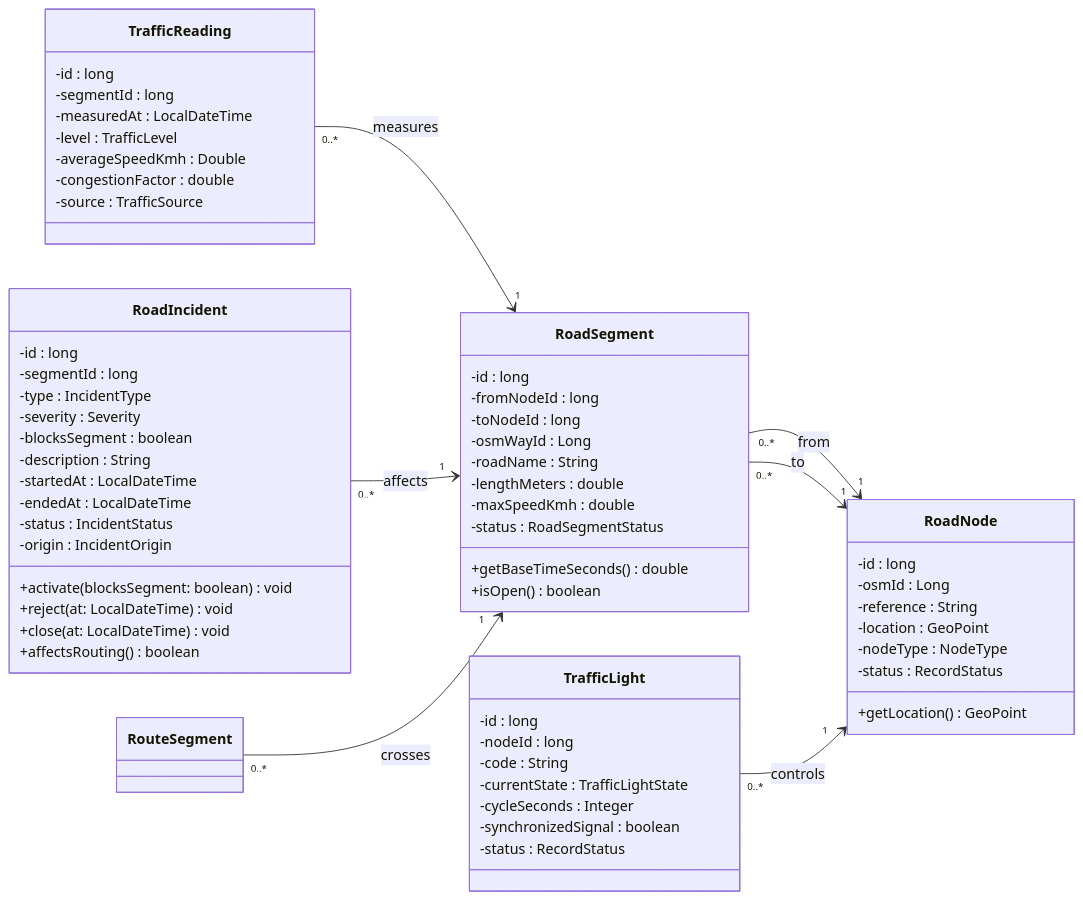
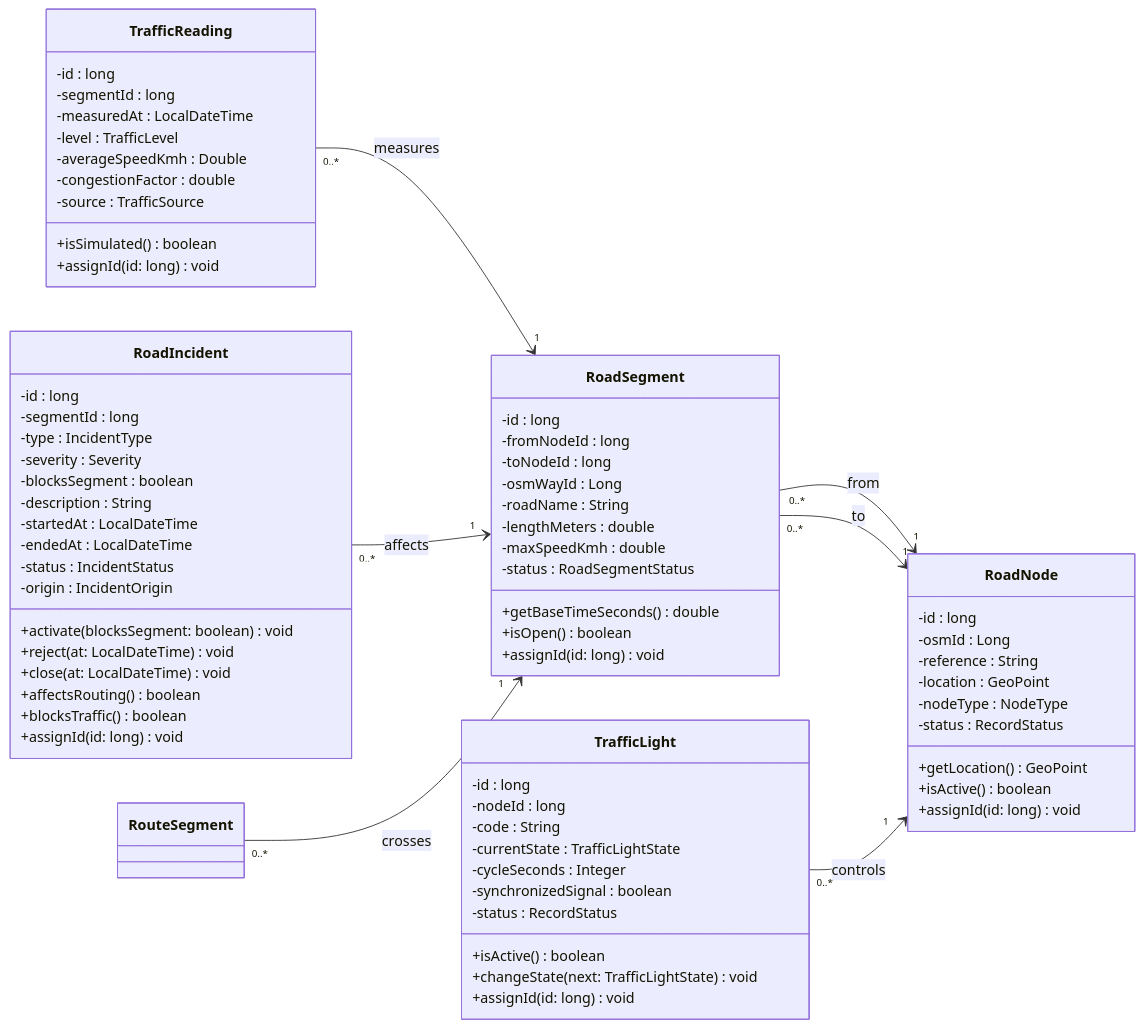
Before and after one commit to afzabaleta/RutaVida: the fifth of 22 diagrams in docs/class-diagram.md, drawn with Mermaid. The commit also changed other lines of this file, not shown here.

Commit message:
docs: sync-road-model-diagram

```diff
--- a/docs/class-diagram.md
+++ b/docs/class-diagram.md
@@ -367,6 +367,7 @@
 ---
 classDiagram
     direction LR
+
 
     class RoadNode {
         -id : long
@@ -376,6 +377,8 @@
         -nodeType : NodeType
         -status : RecordStatus
         +getLocation() GeoPoint
+        +isActive() boolean
+        +assignId(id: long) void
     }
     class RoadSegment {
         -id : long
@@ -388,6 +391,7 @@
         -status : RoadSegmentStatus
         +getBaseTimeSeconds() double
         +isOpen() boolean
+        +assignId(id: long) void
     }
     class TrafficLight {
         -id : long
@@ -397,6 +401,9 @@
         -cycleSeconds : Integer
         -synchronizedSignal : boolean
         -status : RecordStatus
+        +isActive() boolean
+        +changeState(next: TrafficLightState) void
+        +assignId(id: long) void
     }
     class TrafficReading {
         -id : long
@@ -406,6 +413,8 @@
         -averageSpeedKmh : Double
         -congestionFactor : double
         -source : TrafficSource
+        +isSimulated() boolean
+        +assignId(id: long) void
     }
     class RoadIncident {
         -id : long
@@ -422,7 +431,10 @@
         +reject(at: LocalDateTime) void
         +close(at: LocalDateTime) void
         +affectsRouting() boolean
+        +blocksTraffic() boolean
+        +assignId(id: long) void
     }
+
     class RouteSegment
 
     RoadSegment "0..*" --> "1" RoadNode : from
```
